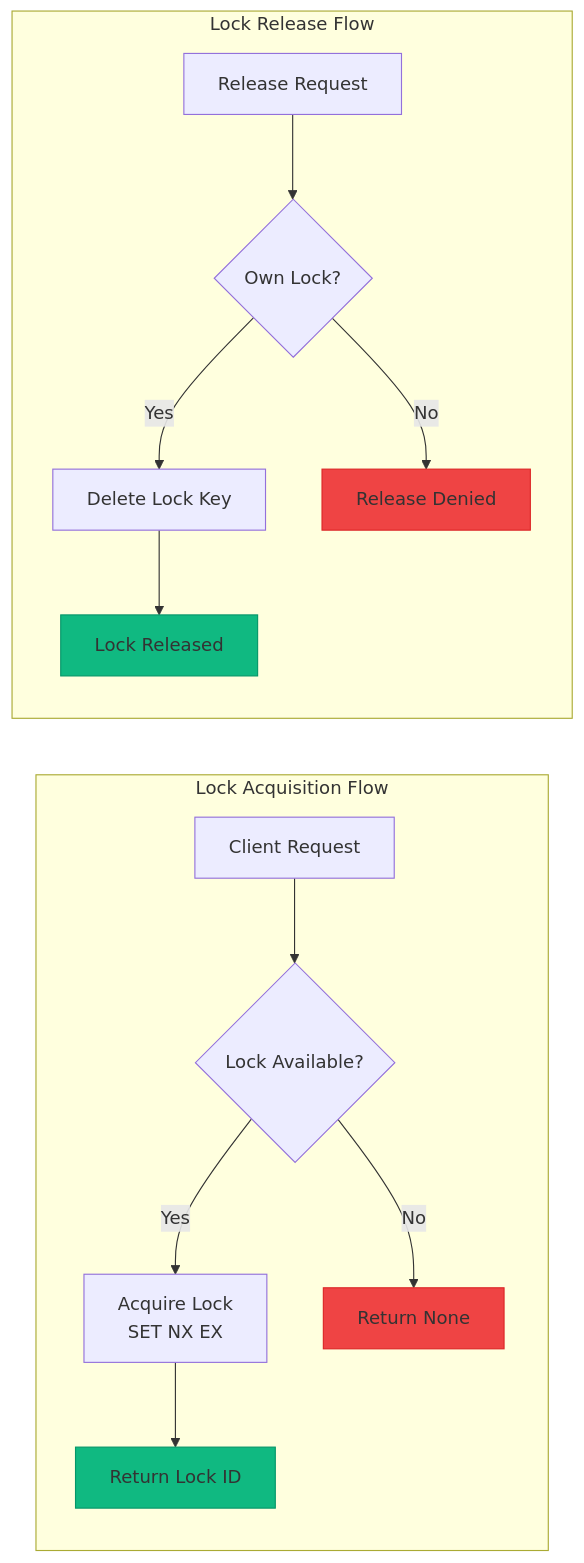
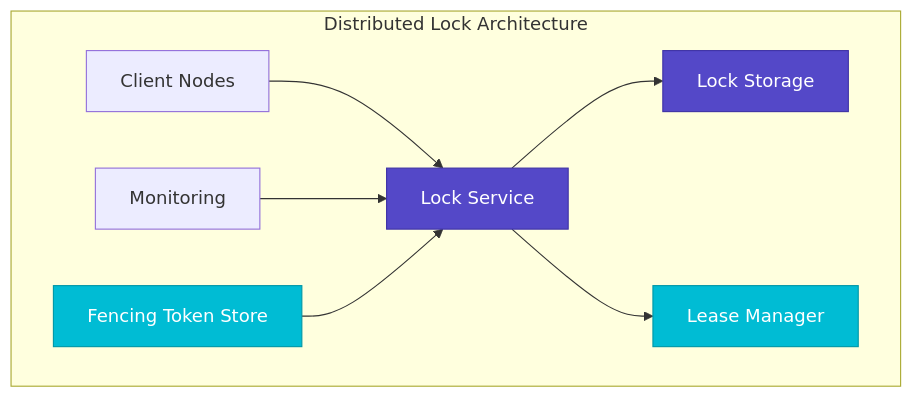
One commit to deepaucksharma/DStudio changed the second of 6 diagrams in docs/pattern-library/coordination/distributed-lock.md. Above: the diagram before and after it, drawn with Mermaid. The commit also changed other lines of this file and 191 other files, not shown here.

````diff
--- a/docs/pattern-library/coordination/distributed-lock.md
+++ b/docs/pattern-library/coordination/distributed-lock.md
@@ -56,33 +122,17 @@
 ```mermaid
-flowchart LR
-    subgraph "Lock Acquisition Flow"
-        Client[Client Request]
-        Check{Lock Available?}
-        Acquire[Acquire Lock<br/>SET NX EX]
-        Success[Return Lock ID]
-        Failed[Return None]
+graph TB
+    subgraph "Distributed Lock Architecture"
+        A[Client Nodes] --> B[Lock Service]
+        B --> C[Lock Storage]
+        B --> D[Lease Manager]
         
-        Client --> Check
-        Check -->|Yes| Acquire
-        Check -->|No| Failed
-        Acquire --> Success
+        E[Monitoring] --> B
+        F[Fencing Token Store] --> B
     end
     
-    subgraph "Lock Release Flow"
-        Release[Release Request]
-        Verify{Own Lock?}
-        Delete[Delete Lock Key]
-        Released[Lock Released]
-        Denied[Release Denied]
-        
-        Release --> Verify
-        Verify -->|Yes| Delete
-        Verify -->|No| Denied
-        Delete --> Released
-    end
+    classDef primary fill:#5448C8,stroke:#3f33a6,color:#fff
+    classDef secondary fill:#00BCD4,stroke:#0097a7,color:#fff
     
-    style Success fill:#10b981,stroke:#059669
-    style Failed fill:#ef4444,stroke:#dc2626
-    style Released fill:#10b981,stroke:#059669
-    style Denied fill:#ef4444,stroke:#dc2626
+    class B,C primary
+    class D,F secondary
 ```
````
